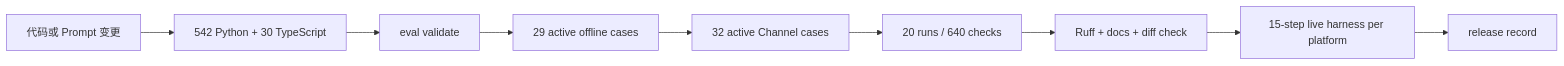
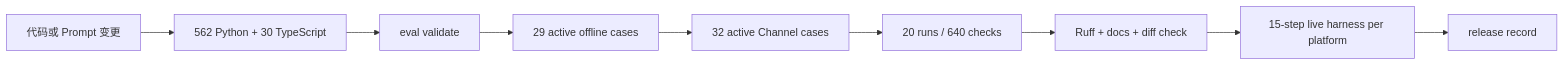
One commit to NEDONION/lobster0 changed the diagram in docs/evals/README.md. Above: the diagram before and after it, drawn with Mermaid. The commit also changed other lines of this file and 31 other files, not shown here.

````diff
--- a/docs/evals/README.md
+++ b/docs/evals/README.md
@@ -18,11 +18,11 @@
 ```mermaid
 flowchart LR
-    CHANGE["代码或 Prompt 变更"] --> UNIT["542 Python + 30 TypeScript"]
+    CHANGE["代码或 Prompt 变更"] --> UNIT["562 Python + 30 TypeScript"]
     UNIT --> VALIDATE["eval validate"]
     VALIDATE --> OFFLINE["29 active offline cases"]
     OFFLINE --> CHANNEL["32 active Channel cases"]
     CHANNEL --> SOAK["20 runs / 640 checks"]
     SOAK --> RUFF["Ruff + docs + diff check"]
     RUFF --> LIVE["15-step live harness per platform"]
     LIVE --> RECORD["release record"]
 ```
````
